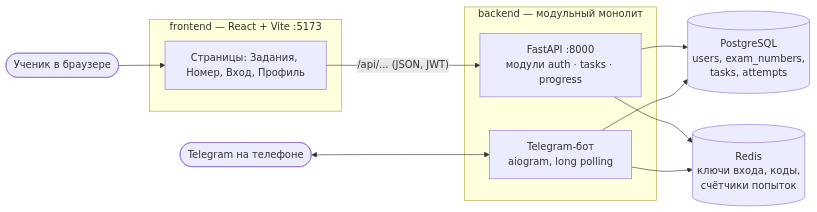
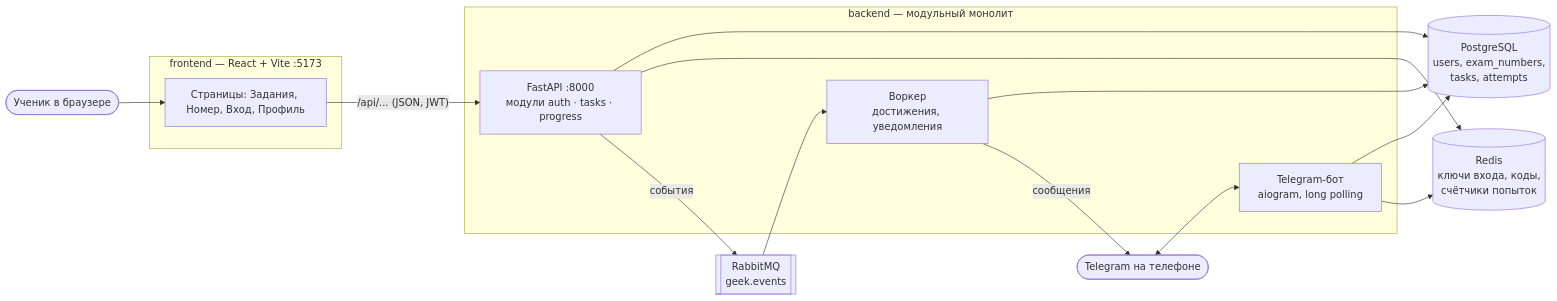
Before and after one commit to Geek-Season/docs: the first of 4 diagrams in architecture/overview.md, drawn with Mermaid. The commit also changed other lines of this file and 9 other files, not shown here.

````diff
--- a/architecture/overview.md
+++ b/architecture/overview.md
@@ -5,25 +5,32 @@
 ```mermaid
 flowchart LR
     U([Ученик в браузере])
     TG([Telegram на телефоне])
 
     subgraph FE[frontend — React + Vite :5173]
         P[Страницы: Задания, Номер, Вход, Профиль]
     end
 
     subgraph BE[backend — модульный монолит]
         API[FastAPI :8000<br/>модули auth · tasks · progress]
         BOT[Telegram-бот<br/>aiogram, long polling]
+        W[Воркер<br/>достижения, уведомления]
     end
+
+    MQ[[RabbitMQ<br/>geek.events]]
 
     DB[(PostgreSQL<br/>users, exam_numbers,<br/>tasks, attempts)]
     R[(Redis<br/>ключи входа, коды,<br/>счётчики попыток)]
 
     U --> P
     P -- "/api/... (JSON, JWT)" --> API
     API --> DB
     API --> R
     TG <--> BOT
     BOT --> DB
     BOT --> R
+    API -- "события" --> MQ
+    MQ --> W
+    W --> DB
+    W -- "сообщения" --> TG
 ```
````
